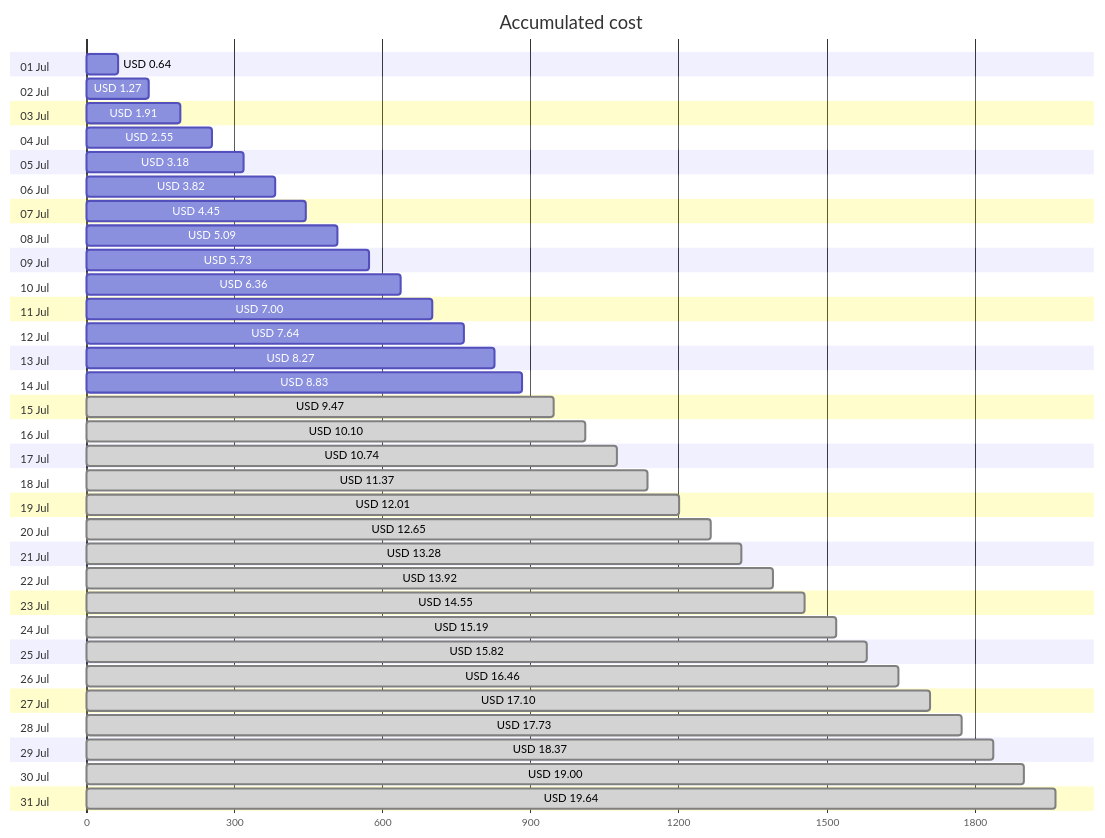
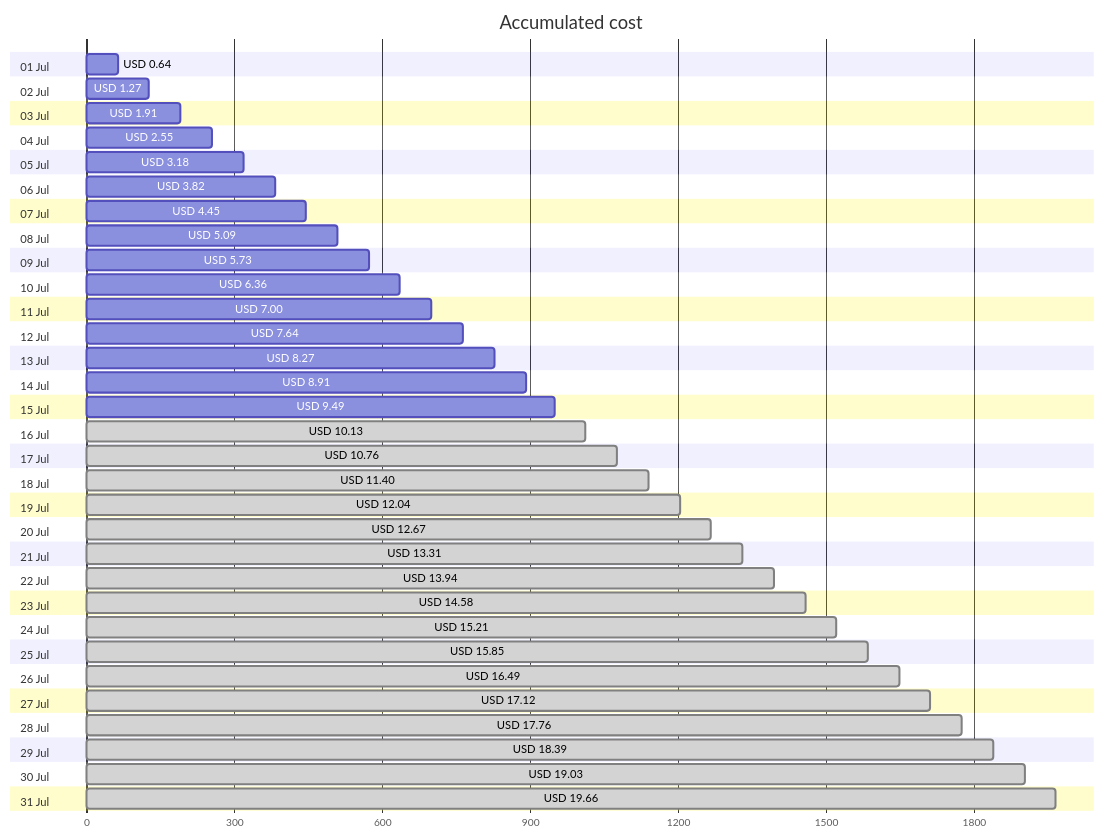
Before and after one commit to jpfulton/azure-personal-reports: the first of 4 diagrams in cost-reports/accumulated-cost.md, drawn with Mermaid. The commit also changed other lines of this file and 4 other files, not shown here.

````diff
--- a/cost-reports/accumulated-cost.md
+++ b/cost-reports/accumulated-cost.md
@@ -20,68 +20,68 @@
 ```mermaid
 gantt
    title Accumulated cost
    dateFormat  X
    axisFormat %s
    section 01 Jul
    USD 0.64 :0, 64
    section 02 Jul
    USD 1.27 :0, 127
    section 03 Jul
    USD 1.91 :0, 191
    section 04 Jul
    USD 2.55 :0, 255
    section 05 Jul
    USD 3.18 :0, 318
    section 06 Jul
    USD 3.82 :0, 382
    section 07 Jul
    USD 4.45 :0, 445
    section 08 Jul
    USD 5.09 :0, 509
    section 09 Jul
    USD 5.73 :0, 573
    section 10 Jul
    USD 6.36 :0, 636
    section 11 Jul
    USD 7.00 :0, 700
    section 12 Jul
    USD 7.64 :0, 764
    section 13 Jul
    USD 8.27 :0, 827
    section 14 Jul
-   USD 8.83 :0, 883
+   USD 8.91 :0, 891
    section 15 Jul
-   USD 9.47 : done, 0, 947
+   USD 9.49 :0, 949
    section 16 Jul
-   USD 10.10 : done, 0, 1010
+   USD 10.13 : done, 0, 1013
    section 17 Jul
-   USD 10.74 : done, 0, 1074
+   USD 10.76 : done, 0, 1076
    section 18 Jul
-   USD 11.37 : done, 0, 1137
+   USD 11.40 : done, 0, 1140
    section 19 Jul
-   USD 12.01 : done, 0, 1201
+   USD 12.04 : done, 0, 1204
    section 20 Jul
-   USD 12.65 : done, 0, 1265
+   USD 12.67 : done, 0, 1267
    section 21 Jul
-   USD 13.28 : done, 0, 1328
+   USD 13.31 : done, 0, 1331
    section 22 Jul
-   USD 13.92 : done, 0, 1392
+   USD 13.94 : done, 0, 1394
    section 23 Jul
-   USD 14.55 : done, 0, 1455
+   USD 14.58 : done, 0, 1458
    section 24 Jul
-   USD 15.19 : done, 0, 1519
+   USD 15.21 : done, 0, 1521
    section 25 Jul
-   USD 15.82 : done, 0, 1582
+   USD 15.85 : done, 0, 1585
    section 26 Jul
-   USD 16.46 : done, 0, 1646
+   USD 16.49 : done, 0, 1649
    section 27 Jul
-   USD 17.10 : done, 0, 1710
+   USD 17.12 : done, 0, 1712
    section 28 Jul
-   USD 17.73 : done, 0, 1773
+   USD 17.76 : done, 0, 1776
    section 29 Jul
-   USD 18.37 : done, 0, 1837
+   USD 18.39 : done, 0, 1839
    section 30 Jul
-   USD 19.00 : done, 0, 1900
+   USD 19.03 : done, 0, 1903
    section 31 Jul
-   USD 19.64 : done, 0, 1964
+   USD 19.66 : done, 0, 1966
 ```
````
